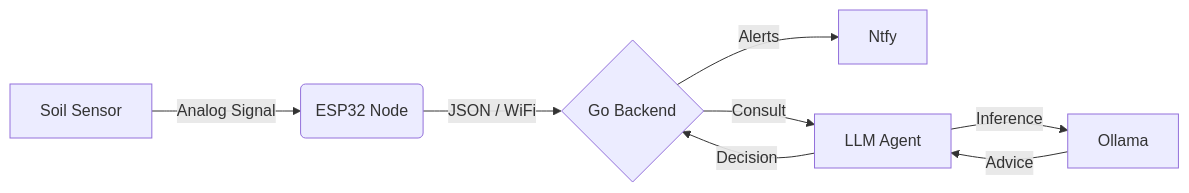
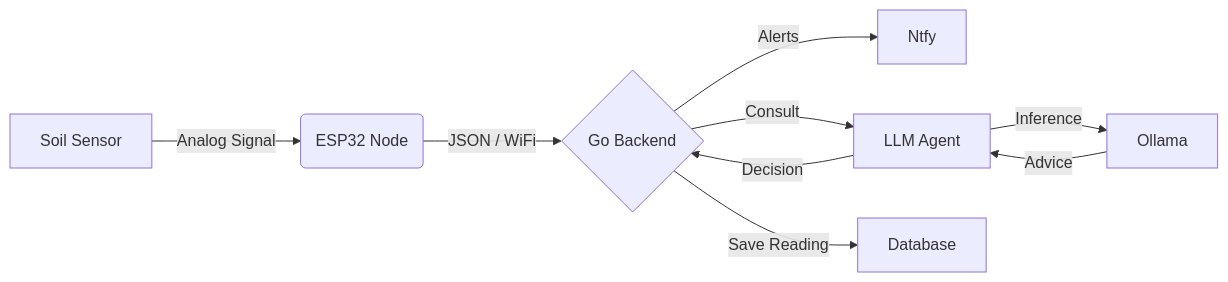
One commit to nick-moyer/seed-sentinel changed the diagram in README.md. Above: the diagram before and after it, drawn with Mermaid. The commit also changed 8 other files, not shown here.

````diff
--- a/README.md
+++ b/README.md
@@ -21,10 +21,11 @@
 ```mermaid
 graph LR
     A[Soil Sensor] -->|Analog Signal| B(ESP32 Node)
     B -->|JSON / WiFi| C{Go Backend}
     C -->|Alerts| D[Ntfy]
     C -->|Consult| E[LLM Agent]
+    C -->|Save Reading| G[Database]
     E -->|Inference| F[Ollama]
     F -->|Advice| E
     E -->|Decision| C
 ```
````
